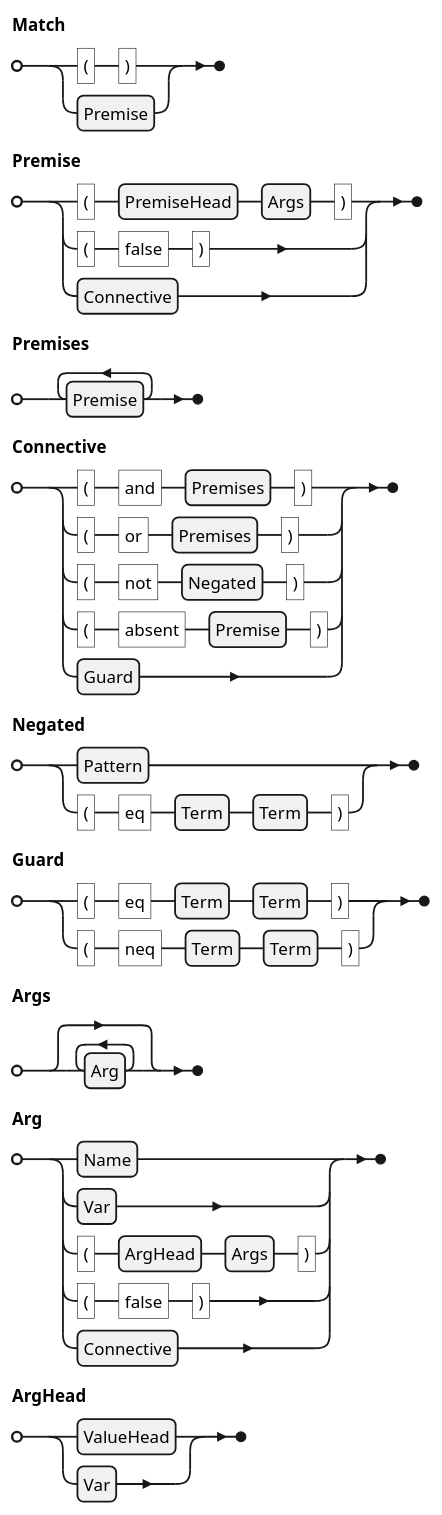
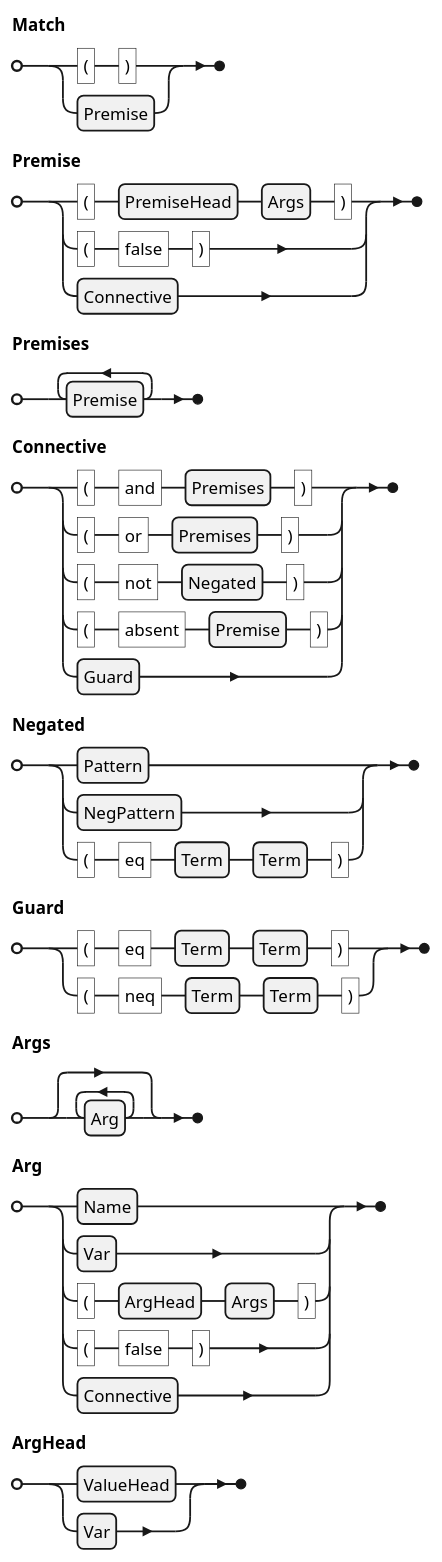
One commit to agutikov/ein changed the diagram in docs/ein/user/04-reference/diagrams/01-grammar-phrase-match.puml. Above: the diagram before and after it, drawn with PlantUML. The commit also changed 45 other files, not shown here.

```diff
--- a/docs/ein/user/04-reference/diagrams/01-grammar-phrase-match.puml
+++ b/docs/ein/user/04-reference/diagrams/01-grammar-phrase-match.puml
@@ -1,16 +1,16 @@
 @startebnf
 Match = "(" , ")" | Premise ;
 Premise = "(" , PremiseHead , Args , ")" | "(" , "false" , ")" | Connective ;
 Premises = { Premise }- ;
 Connective =
     "(" , "and" , Premises , ")"
   | "(" , "or" , Premises , ")"
   | "(" , "not" , Negated , ")"
   | "(" , "absent" , Premise , ")"
   | Guard ;
-Negated = Pattern | "(" , "eq" , Term , Term , ")" ;
+Negated = Pattern | NegPattern | "(" , "eq" , Term , Term , ")" ;
 Guard = "(" , "eq" , Term , Term , ")" | "(" , "neq" , Term , Term , ")" ;
 Args = { Arg } ;
 Arg = Name | Var | "(" , ArgHead , Args , ")" | "(" , "false" , ")" | Connective ;
 ArgHead = ValueHead | Var ;
 @endebnf
```
